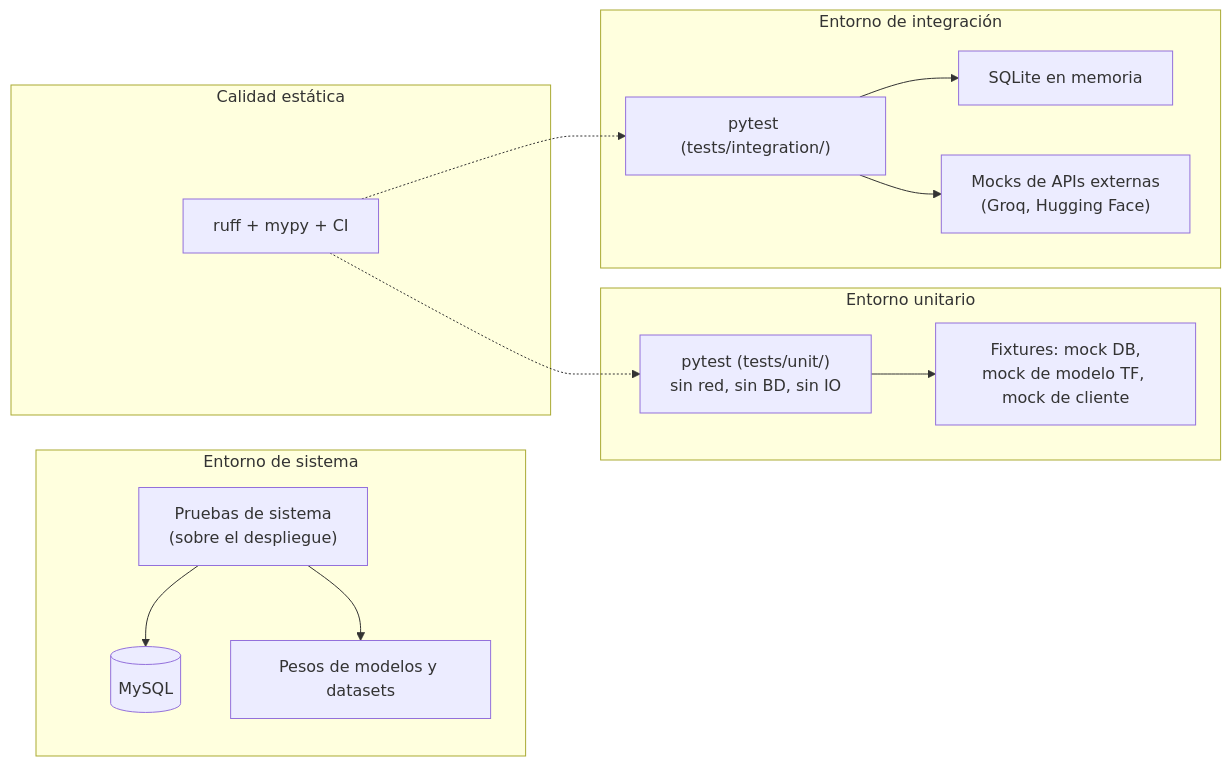
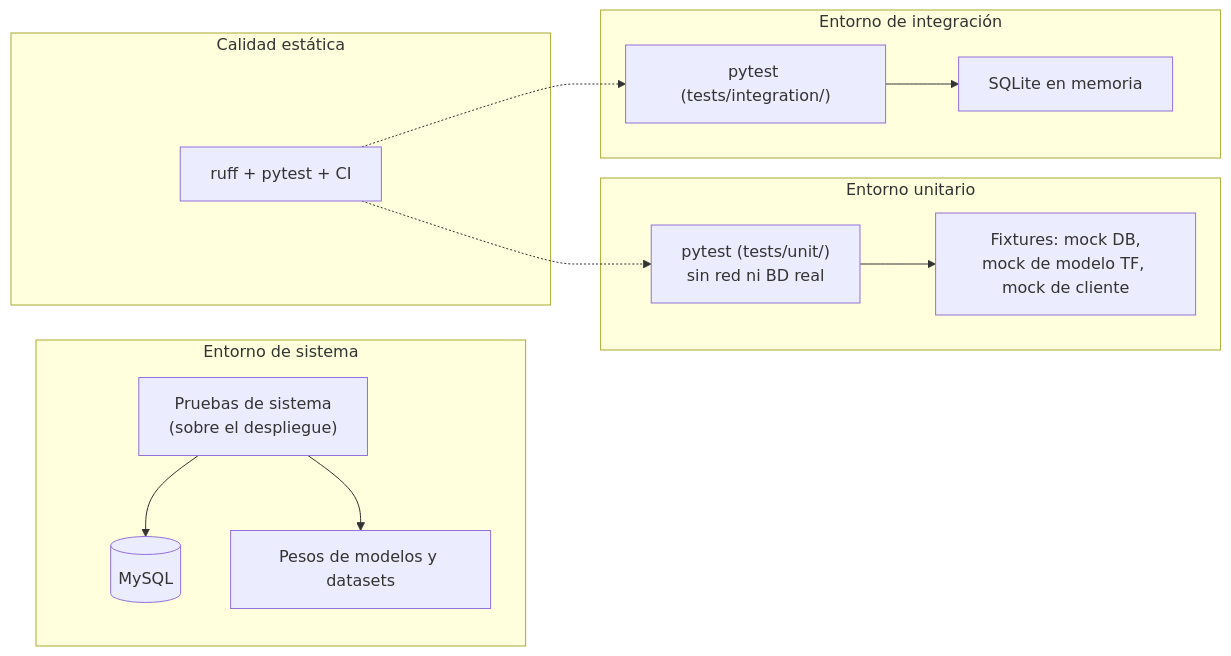
The diagram in Documentacion/Capitulo25_Estrategia_de_Verificacion_del_Sistema.md (eLeCe2611/vitalXAI), drawn with Mermaid before and after one commit. The commit also changed other lines of this file and 42 other files, not shown here.

````diff
--- a/Documentacion/Capitulo25_Estrategia_de_Verificacion_del_Sistema.md
+++ b/Documentacion/Capitulo25_Estrategia_de_Verificacion_del_Sistema.md
@@ -27,27 +27,25 @@
 ```mermaid
 flowchart LR
     subgraph UN["Entorno unitario"]
-        PU["pytest (tests/unit/)<br/>sin red, sin BD, sin IO"]
+        PU["pytest (tests/unit/)<br/>sin red ni BD real"]
         F1["Fixtures: mock DB,<br/>mock de modelo TF, mock de cliente"]
         PU --> F1
     end
     subgraph INT["Entorno de integración"]
         PI["pytest (tests/integration/)"]
         MDB["SQLite en memoria"]
-        MG["Mocks de APIs externas<br/>(Groq, Hugging Face)"]
         PI --> MDB
-        PI --> MG
     end
     subgraph SYS["Entorno de sistema"]
         PS["Pruebas de sistema<br/>(sobre el despliegue)"]
         DB[(MySQL)]
         MD["Pesos de modelos y datasets"]
         PS --> DB
         PS --> MD
     end
     subgraph Q["Calidad estática"]
-        L["ruff + mypy + CI"]
+        L["ruff + pytest + CI"]
     end
     L -.-> PU
     L -.-> PI
 ```
````
